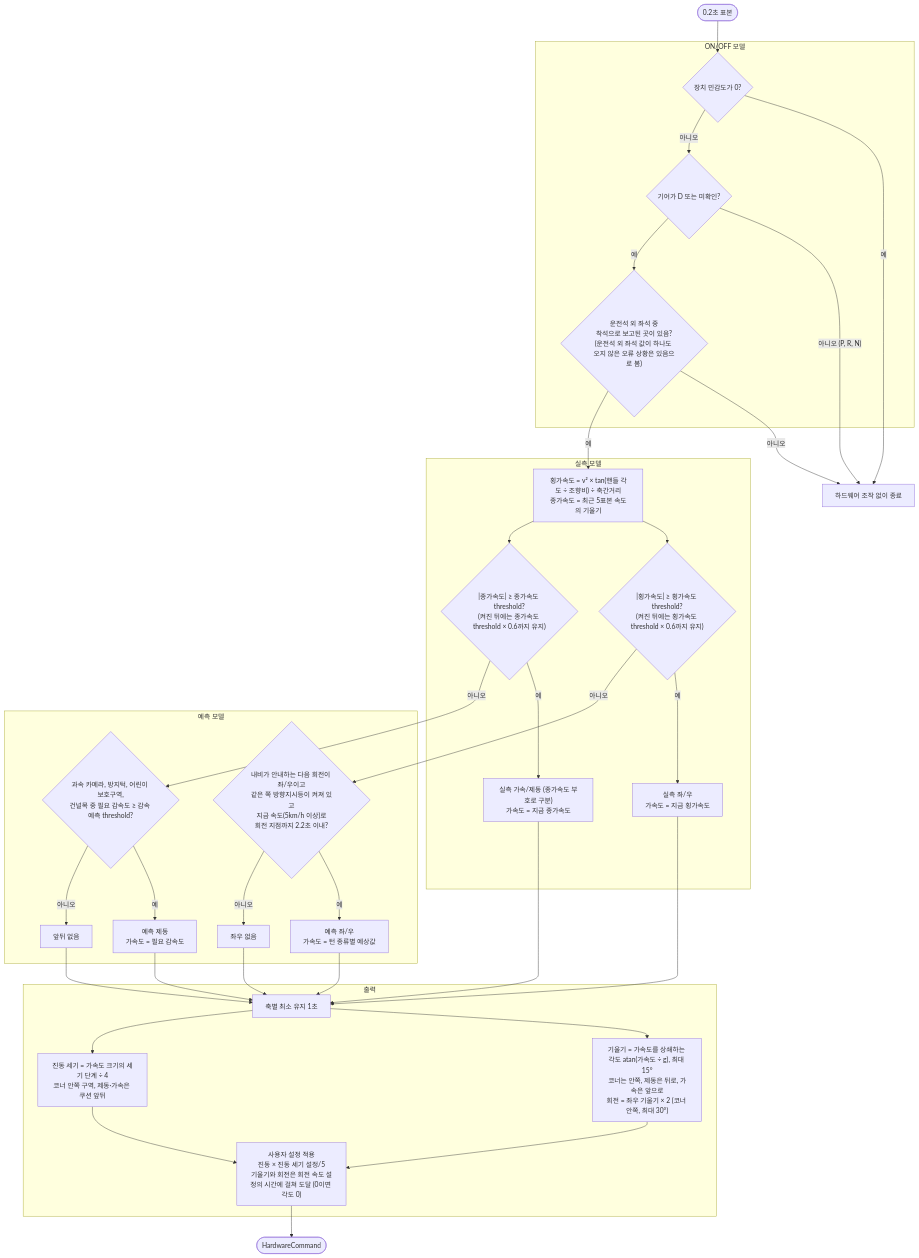
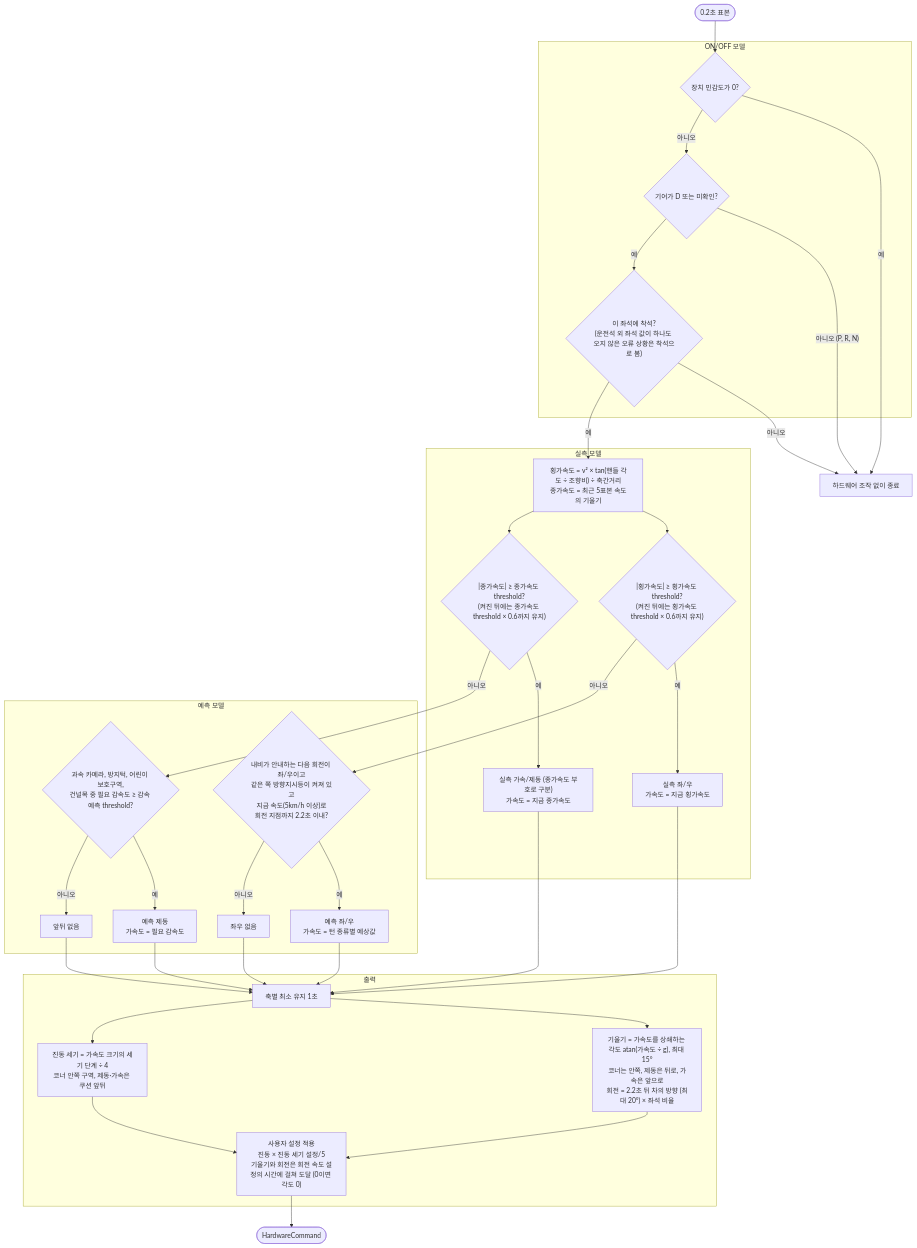
The second of 2 diagrams in docs/HardwareControl.md (jujaya920-ui/Active-Seat-For-All), drawn with Mermaid before and after one commit. The commit also changed other lines of this file and 1 other file, not shown here.

````diff
--- a/docs/HardwareControl.md
+++ b/docs/HardwareControl.md
@@ -58,54 +58,54 @@
 ```mermaid
 flowchart TD
     A([0.2초 표본]) --> B
 
     subgraph ONOFF["ON/OFF 모델"]
         B{장치 민감도가 0?}
         C{기어가 D 또는 미확인?}
-        P{"운전석 외 좌석 중<br/>착석으로 보고된 곳이 있음?<br/>(운전석 외 좌석 값이 하나도 오지 않은 오류 상황은 있음으로 봄)"}
+        P{"이 좌석에 착석?<br/>(운전석 외 좌석 값이 하나도 오지 않은 오류 상황은 착석으로 봄)"}
     end
     B -- 예 --> X[하드웨어 조작 없이 종료]
     B -- 아니오 --> C
     C -- "아니오 (P, R, N)" --> X
     C -- 예 --> P
     P -- 아니오 --> X
     P -- 예 --> D
 
     subgraph MEASURED["실측 모델"]
         D["횡가속도 = v² × tan(핸들 각도 ÷ 조향비) ÷ 축간거리<br/>종가속도 = 최근 5표본 속도의 기울기"]
         E{"|횡가속도| ≥ 횡가속도 threshold?<br/>(켜진 뒤에는 횡가속도 threshold × 0.6까지 유지)"}
         F{"|종가속도| ≥ 종가속도 threshold?<br/>(켜진 뒤에는 종가속도 threshold × 0.6까지 유지)"}
         E1["실측 좌/우<br/>가속도 = 지금 횡가속도"]
         F1["실측 가속/제동 (종가속도 부호로 구분)<br/>가속도 = 지금 종가속도"]
     end
     D --> E
     D --> F
     E -- 예 --> E1
     F -- 예 --> F1
 
     subgraph PREDICTED["예측 모델"]
         E2{"내비가 안내하는 다음 회전이 좌/우이고<br/>같은 쪽 방향지시등이 켜져 있고<br/>지금 속도(5km/h 이상)로<br/>회전 지점까지 2.2초 이내?"}
         F2{"과속 카메라, 방지턱, 어린이 보호구역,<br/>건널목 중 필요 감속도 ≥ 감속 예측 threshold?"}
         E3["예측 좌/우<br/>가속도 = 턴 종류별 예상값"]
         E4[좌우 없음]
         F3["예측 제동<br/>가속도 = 필요 감속도"]
         F4[앞뒤 없음]
     end
     E -- 아니오 --> E2
     F -- 아니오 --> F2
     E2 -- 예 --> E3
     E2 -- 아니오 --> E4
     F2 -- 예 --> F3
     F2 -- 아니오 --> F4
 
     subgraph OUTPUT["출력"]
         H[축별 최소 유지 1초]
-        J["기울기 = 가속도를 상쇄하는 각도 atan(가속도 ÷ g), 최대 15°<br/>코너는 안쪽, 제동은 뒤로, 가속은 앞으로<br/>회전 = 좌우 기울기 × 2 (코너 안쪽, 최대 30°)"]
+        J["기울기 = 가속도를 상쇄하는 각도 atan(가속도 ÷ g), 최대 15°<br/>코너는 안쪽, 제동은 뒤로, 가속은 앞으로<br/>회전 = 2.2초 뒤 차의 방향 (최대 20°) × 좌석 비율"]
         V["진동 세기 = 가속도 크기의 세기 단계 ÷ 4<br/>코너 안쪽 구역, 제동·가속은 쿠션 앞뒤"]
         K["사용자 설정 적용<br/>진동 × 진동 세기 설정/5<br/>기울기와 회전은 회전 속도 설정의 시간에 걸쳐 도달 (0이면 각도 0)"]
     end
     E1 & E3 & E4 --> H
     F1 & F3 & F4 --> H
     H --> J & V
     J & V --> K --> L([HardwareCommand])
 ```
````
